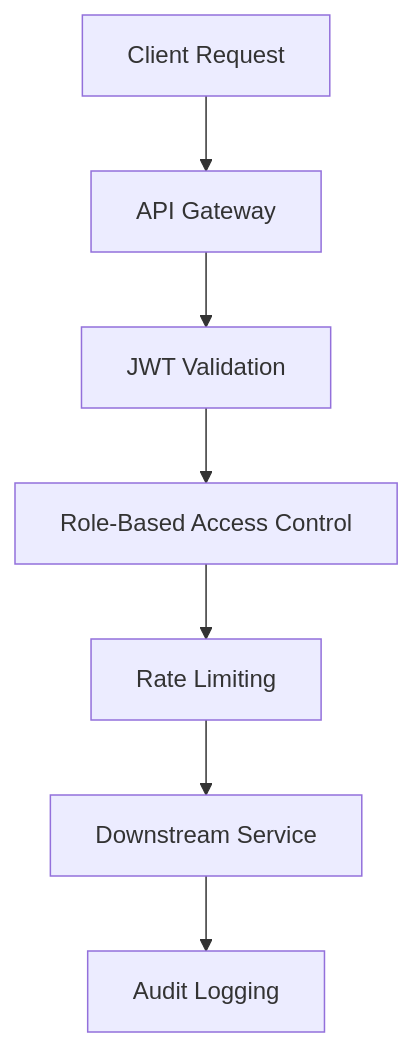
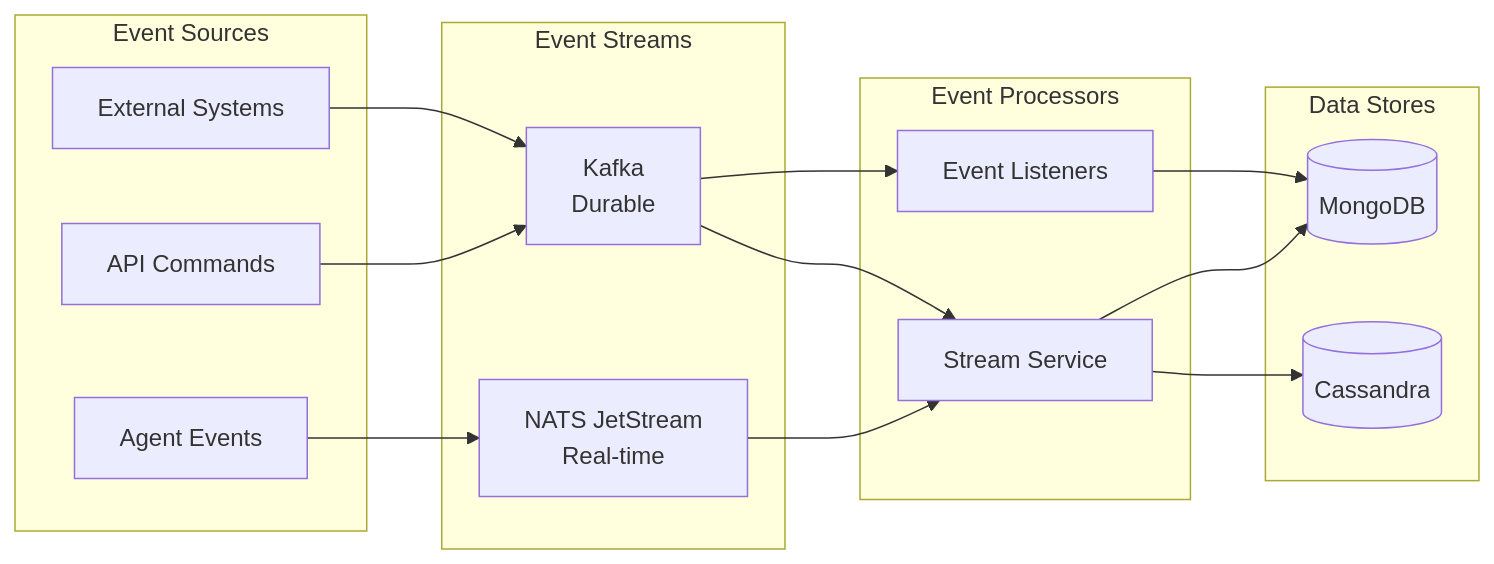
Before and after one commit to Praesto-Pro/openframe-oss-tenant: the sixth of 11 diagrams in docs/development/architecture/README.md, drawn with Mermaid. The commit also changed other lines of this file and 214 other files, not shown here.

````diff
--- a/docs/development/architecture/README.md
+++ b/docs/development/architecture/README.md
@@ -133,9 +181,35 @@
 ```mermaid
-flowchart TD
-    Client[Client Request] --> Gateway[API Gateway]
-    Gateway --> JWT[JWT Validation]
-    JWT --> RBAC[Role-Based Access Control]
-    RBAC --> RateLimit[Rate Limiting]
-    RateLimit --> Downstream[Downstream Service]
-    Downstream --> Audit[Audit Logging]
+flowchart LR
+    subgraph "Event Sources"
+        Agent[Agent Events]
+        API[API Commands]
+        External[External Systems]
+    end
+
+    subgraph "Event Streams"
+        NATS[NATS JetStream<br/>Real-time]
+        Kafka[Kafka<br/>Durable]
+    end
+
+    subgraph "Event Processors"
+        Stream[Stream Service]
+        Listeners[Event Listeners]
+    end
+
+    subgraph "Data Stores"
+        MongoDB[(MongoDB)]
+        Cassandra[(Cassandra)]
+    end
+
+    Agent --> NATS
+    API --> Kafka
+    External --> Kafka
+    
+    NATS --> Stream
+    Kafka --> Stream
+    Kafka --> Listeners
+    
+    Stream --> MongoDB
+    Stream --> Cassandra
+    Listeners --> MongoDB
 ```
````
